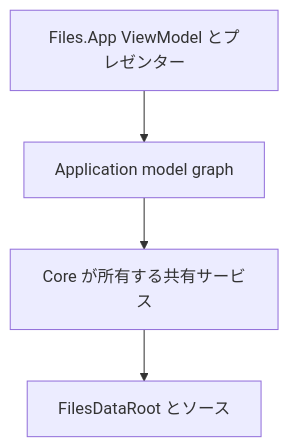
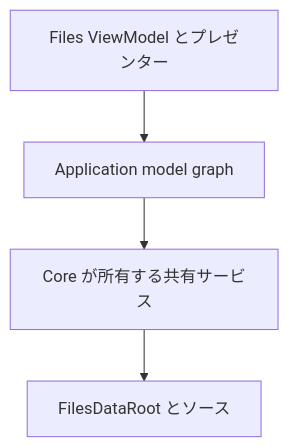
The second of 2 diagrams in docs/architecture/composition.md (0x5bfa/Files), drawn with Mermaid before and after one commit. The commit also changed other lines of this file and 21 other files, not shown here.

````diff
--- a/docs/architecture/composition.md
+++ b/docs/architecture/composition.md
@@ -139,11 +139,11 @@
 ```mermaid
 flowchart TD
-    UI["Files.App ViewModel とプレゼンター"]
+    UI["Files ViewModel とプレゼンター"]
     App["Application model graph"]
     Shared["Core が所有する共有サービス"]
     Sources["FilesDataRoot とソース"]
 
     UI --> App
     App --> Shared
     Shared --> Sources
 ```
````
